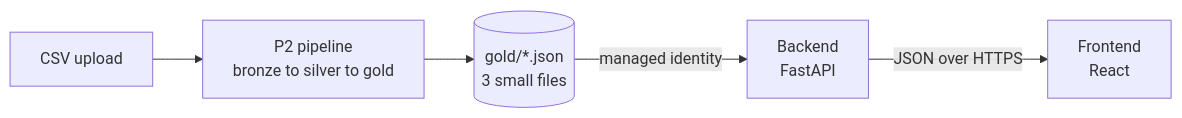
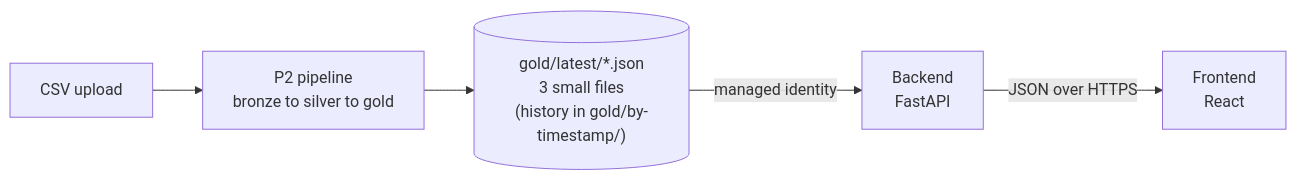
One commit to agi1clj/CC2026_DS_Applications changed the diagram in docs/p2-challenge.md. Above: the diagram before and after it, drawn with Mermaid. The commit also changed other lines of this file and 5 other files, not shown here.

Commit message:
docs(p2): use gold/latest and by-timestamp history paths

````diff
--- a/docs/p2-challenge.md
+++ b/docs/p2-challenge.md
@@ -25,7 +25,7 @@
 ```mermaid
 flowchart LR
     csv[CSV upload] --> etl["P2 pipeline<br/>bronze to silver to gold"]
-    etl --> gold[("gold/*.json<br/>3 small files")]
+    etl --> gold[("gold/latest/*.json<br/>3 small files<br/>(history in gold/by-timestamp/)")]
     gold -- "managed identity" --> be["Backend<br/>FastAPI"]
     be -- "JSON over HTTPS" --> fe["Frontend<br/>React"]
 ```
````
